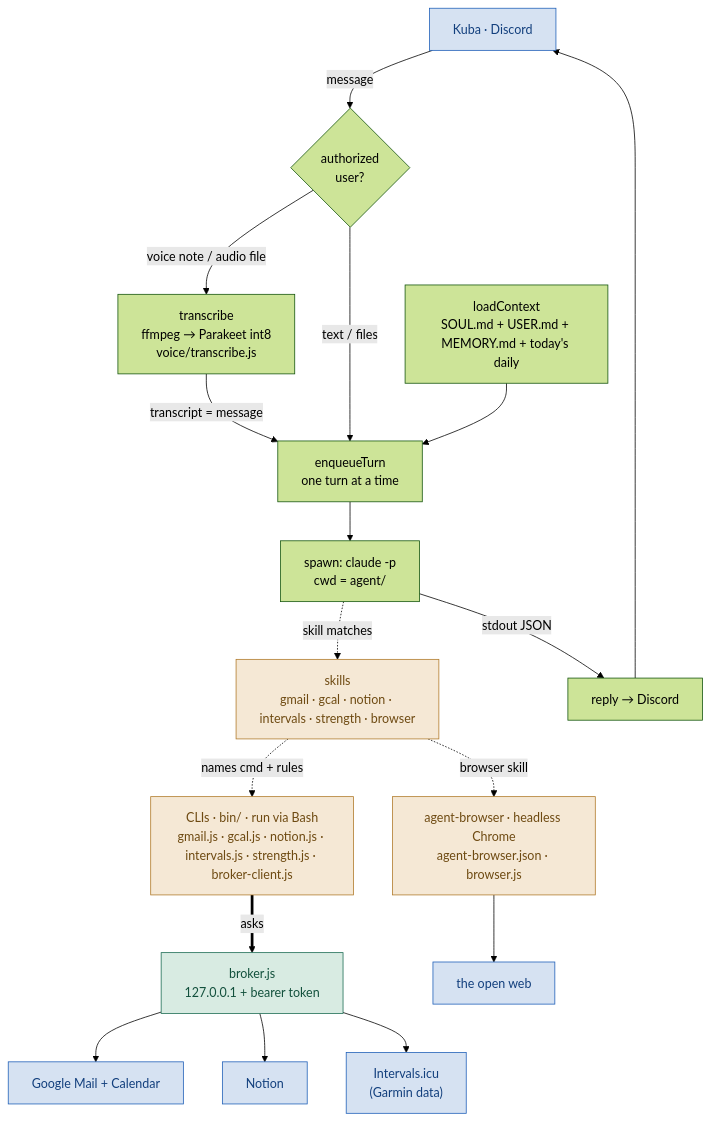
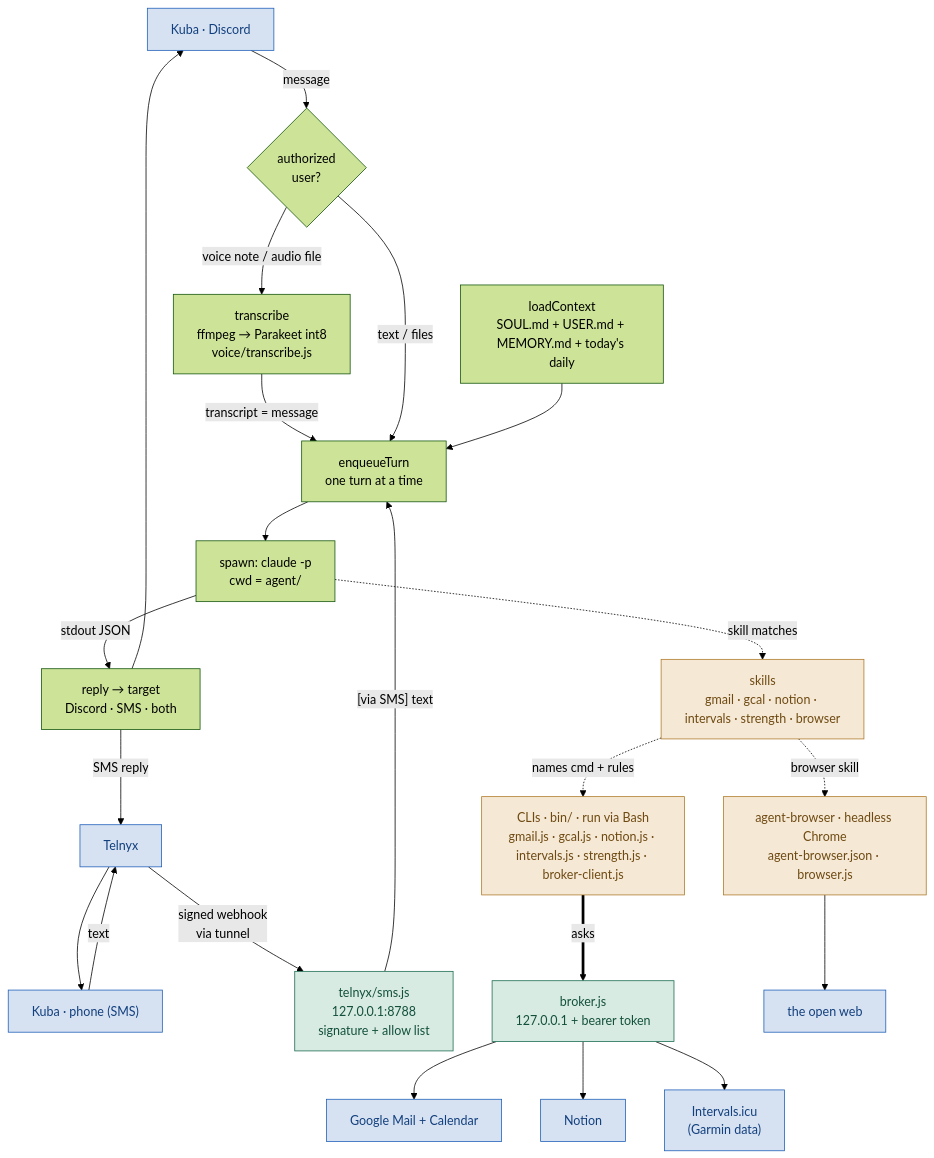
Before and after one commit to KubaJerz/alfred-node: the first of 6 diagrams in SYSTEM-MAP.md, drawn with Mermaid (forest theme). The commit also changed other lines of this file and 10 other files, not shown here.

First line of the commit message:
feat: text Alfred over SMS through Telnyx

````diff
--- a/SYSTEM-MAP.md
+++ b/SYSTEM-MAP.md
@@ -57,25 +57,30 @@
 ```mermaid
 flowchart TD
     U["Kuba · Discord"] -->|message| GATE{"authorized<br/>user?"}
     GATE -->|"voice note / audio file"| TR["transcribe<br/>ffmpeg → Parakeet int8<br/>voice/transcribe.js"]
     TR -->|"transcript = message"| Q
     GATE -->|"text / files"| Q["enqueueTurn<br/>one turn at a time"]
+    PH["Kuba · phone (SMS)"] -->|text| TX["Telnyx"]
+    TX -->|"signed webhook<br/>via tunnel"| WH["telnyx/sms.js<br/>127.0.0.1:8788<br/>signature + allow list"]
+    WH -->|"[via SMS] text"| Q
     CTX["loadContext<br/>SOUL.md + USER.md + MEMORY.md + today's daily"] --> Q
     Q --> SPAWN["spawn: claude -p<br/>cwd = agent/"]
     SPAWN -.->|"skill matches"| SK["skills<br/>gmail · gcal · notion · intervals · strength · browser"]
     SK -.->|"names cmd + rules"| CLIS["CLIs · bin/ · run via Bash<br/>gmail.js · gcal.js · notion.js · intervals.js · strength.js · broker-client.js"]
     CLIS ==>|"asks"| BR["broker.js<br/>127.0.0.1 + bearer token"]
     BR --> G["Google Mail + Calendar"]
     BR --> N["Notion"]
     BR --> I["Intervals.icu<br/>(Garmin data)"]
     SK -.->|"browser skill"| AB["agent-browser · headless Chrome<br/>agent-browser.json · browser.js"]
     AB --> WEB["the open web"]
-    SPAWN -->|"stdout JSON"| R["reply → Discord"]
+    SPAWN -->|"stdout JSON"| R["reply → target<br/>Discord · SMS · both"]
     R --> U
+    R -->|"SMS reply"| TX
+    TX --> PH
     classDef external fill:#d6e2f2,stroke:#1f5fb8,color:#123f7d
     classDef gateway fill:#d8ebe2,stroke:#1b6b52,color:#12503c
     classDef stack fill:#f5e8d5,stroke:#b07a2a,color:#6e4a12
-    class U,G,N,I,WEB external
-    class BR gateway
+    class U,G,N,I,WEB,PH,TX external
+    class BR,WH gateway
     class SK,CLIS,AB stack
 ```
````
